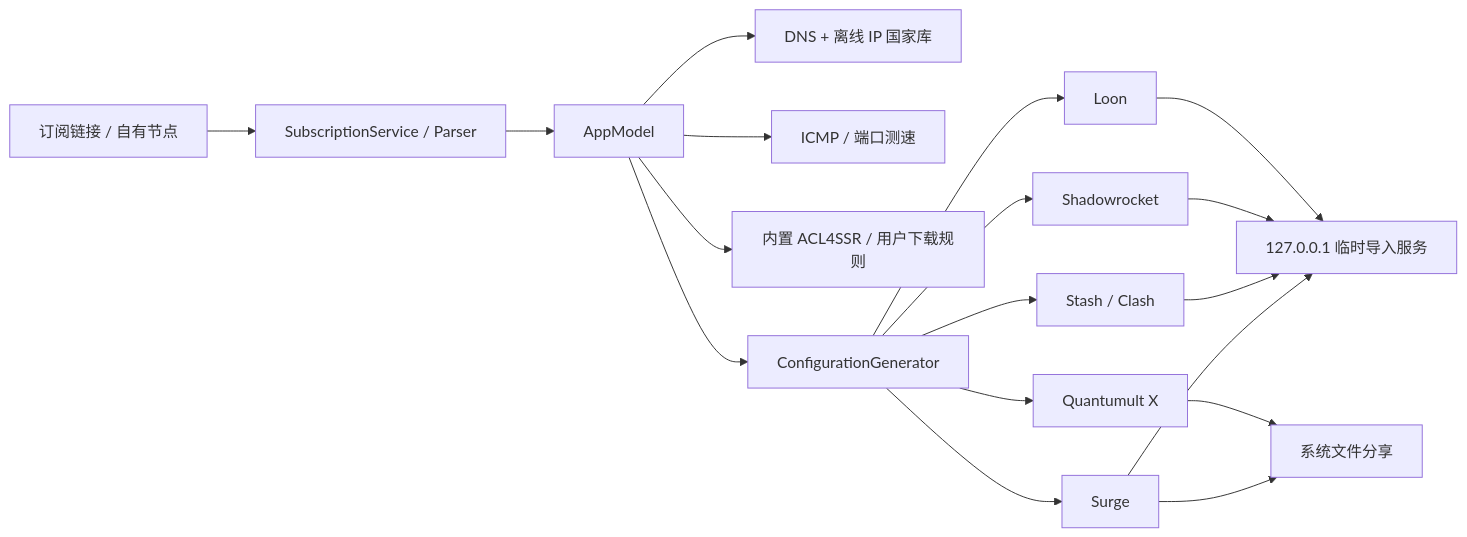
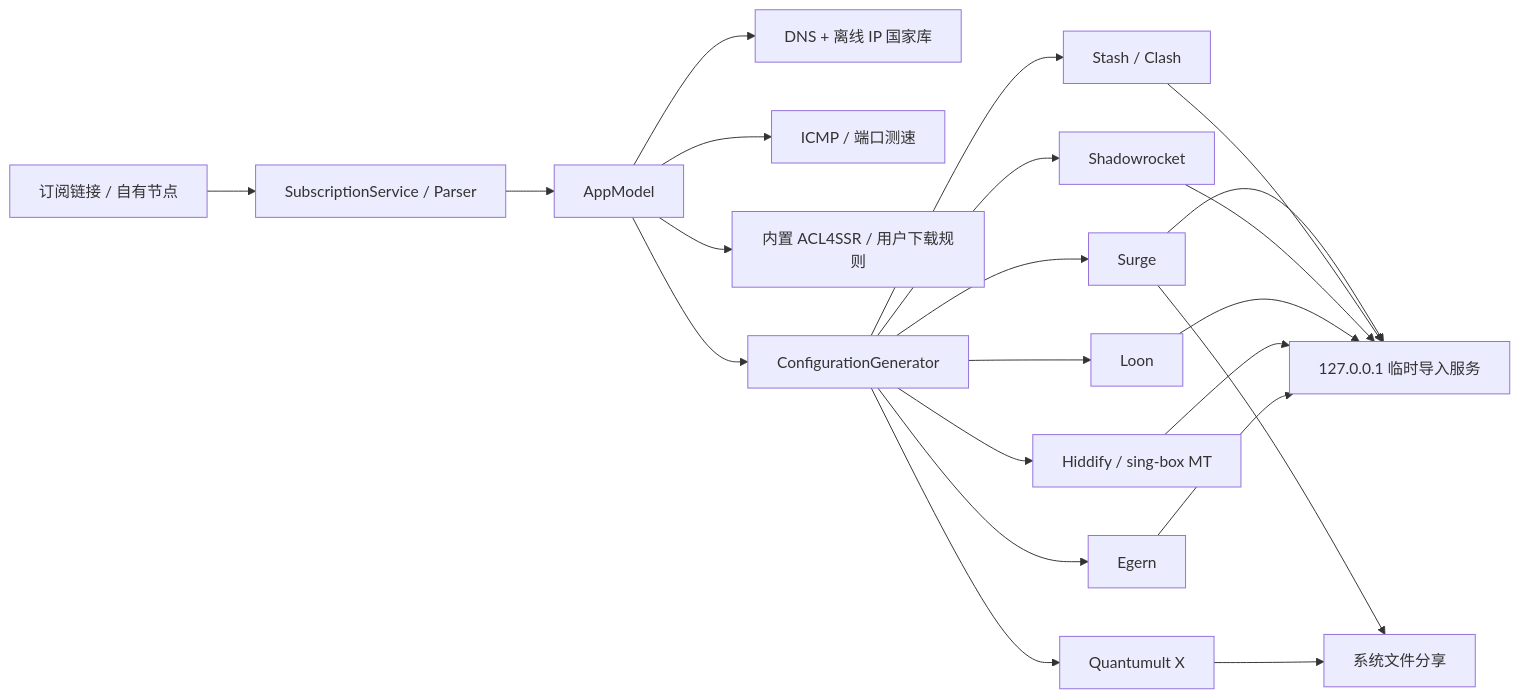
The diagram in docs/ARCHITECTURE.md (pengchujin/tower), drawn with Mermaid before and after one commit. The commit also changed other lines of this file and 44 other files, not shown here.

````diff
--- a/docs/ARCHITECTURE.md
+++ b/docs/ARCHITECTURE.md
@@ -9,20 +9,24 @@
 ```mermaid
 flowchart LR
     A["订阅链接 / 自有节点"] --> B["SubscriptionService / Parser"]
     B --> C["AppModel"]
     C --> D["DNS + 离线 IP 国家库"]
     C --> E["ICMP / 端口测速"]
     C --> F["内置 ACL4SSR / 用户下载规则"]
     C --> G["ConfigurationGenerator"]
     G --> H["Surge"]
     G --> I["Stash / Clash"]
     G --> J["Shadowrocket"]
     G --> K["Loon"]
     G --> L["Quantumult X"]
+    G --> O["Hiddify / sing-box MT"]
+    G --> P["Egern"]
     H --> M["127.0.0.1 临时导入服务"]
     H --> N["带密钥的 Wi-Fi 订阅服务"]
     I --> M
     J --> M
     K --> M
     L --> N["系统文件分享"]
+    O --> M
+    P --> M
 ```
````
